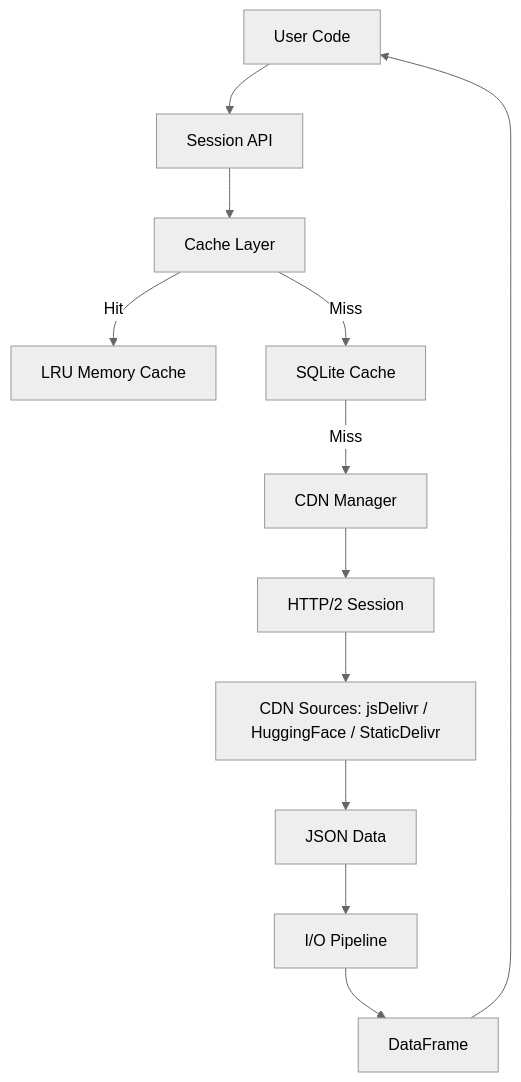
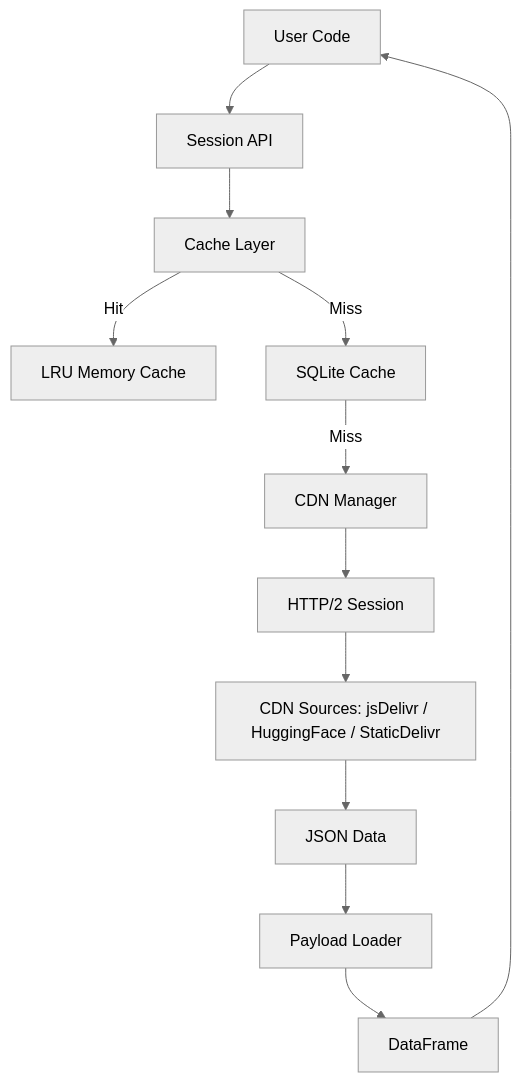
The first of 2 diagrams in docs/architecture.mdx (TracingInsights/tif1), drawn with Mermaid (neutral theme) before and after one commit. The commit also changed other lines of this file and 112 other files, not shown here.

````diff
--- a/docs/architecture.mdx
+++ b/docs/architecture.mdx
@@ -18,14 +18,14 @@
 ```mermaid
 graph TB
     User[User Code] --> Session[Session API]
     Session --> Cache[Cache Layer]
     Cache --> |Hit| Memory[LRU Memory Cache]
     Cache --> |Miss| SQLite[SQLite Cache]
     SQLite --> |Miss| CDN[CDN Manager]
     CDN --> HTTP[HTTP/2 Session]
     HTTP --> SRC[CDN Sources: jsDelivr / HuggingFace / StaticDelivr]
     SRC --> Data[JSON Data]
-    Data --> Pipeline[I/O Pipeline]
+    Data --> Pipeline[Payload Loader]
     Pipeline --> DF[DataFrame]
     DF --> User
 ```
````
